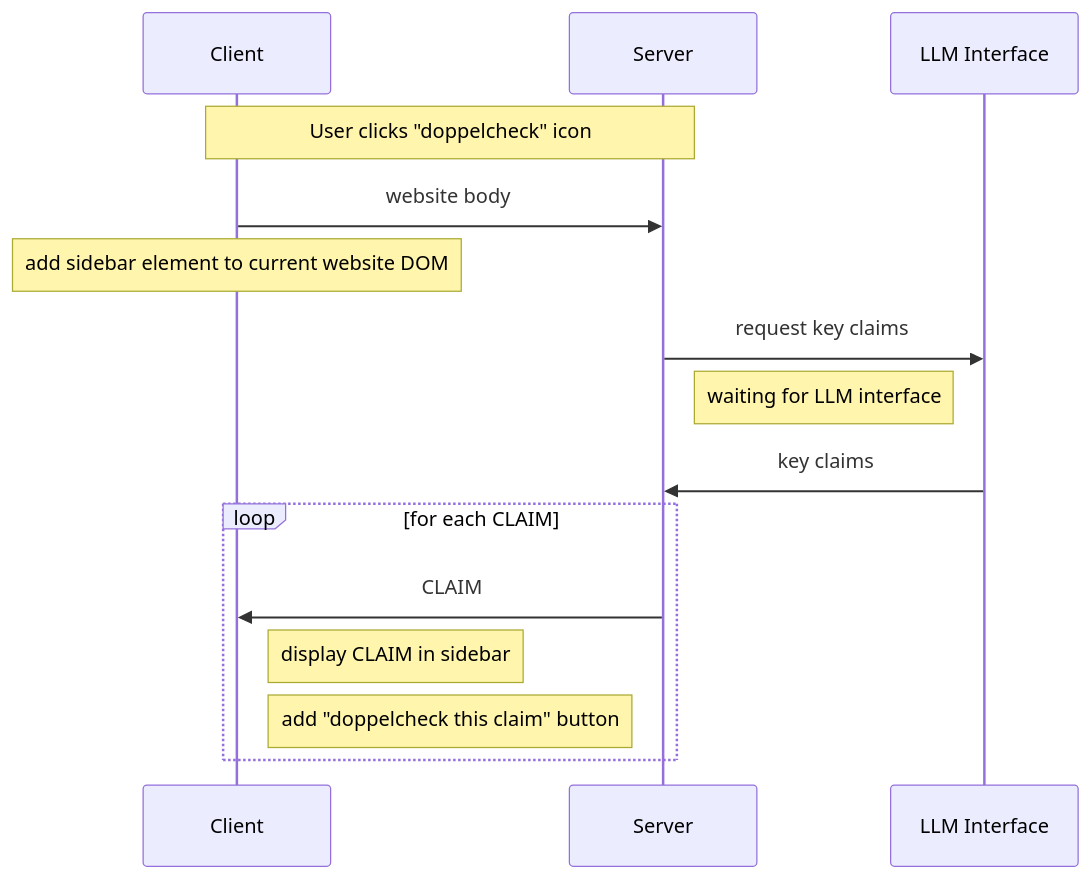
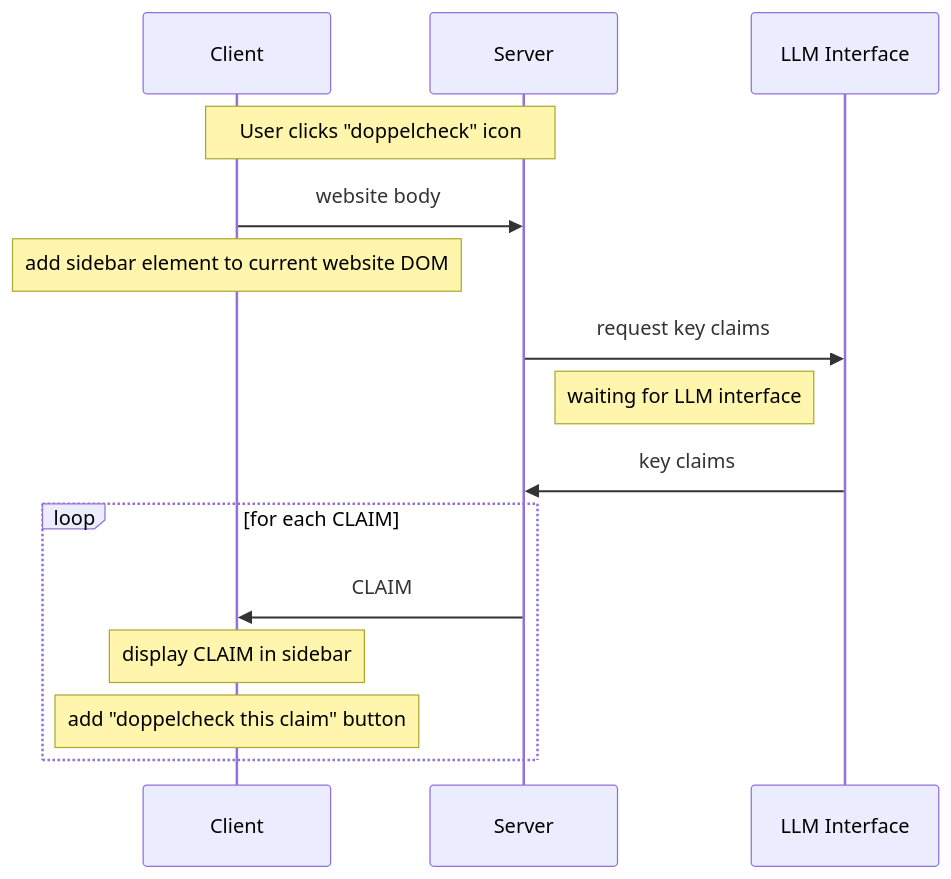
One commit to Doppelcheck/main changed the second of 3 diagrams in README.md. Above: the diagram before and after it, drawn with Mermaid. The commit also changed 2 other files, not shown here.

Commit message:
replaced images with mermaid diagrams

````diff
--- a/README.md
+++ b/README.md
@@ -106,18 +106,18 @@
 ```mermaid
 sequenceDiagram
 
     participant Client
     participant Server
     participant LLM_Interface as LLM Interface
     note over Client, Server: User clicks "doppelcheck" icon
     Client->>Server: website body
     note over Client: add sidebar element to current website DOM
     Server->>LLM_Interface: request key claims
     note right of Server: waiting for LLM interface
     LLM_Interface->>Server: key claims
     loop for each CLAIM
         Server->>Client: CLAIM
-        note right of Client: display CLAIM in sidebar
-        note right of Client: add "doppelcheck this claim" button
+        note over Client: display CLAIM in sidebar
+        note over Client: add "doppelcheck this claim" button
     end
 ```
````
